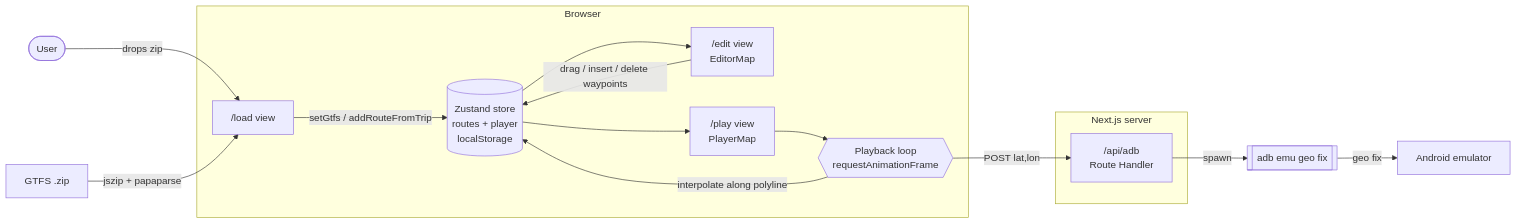
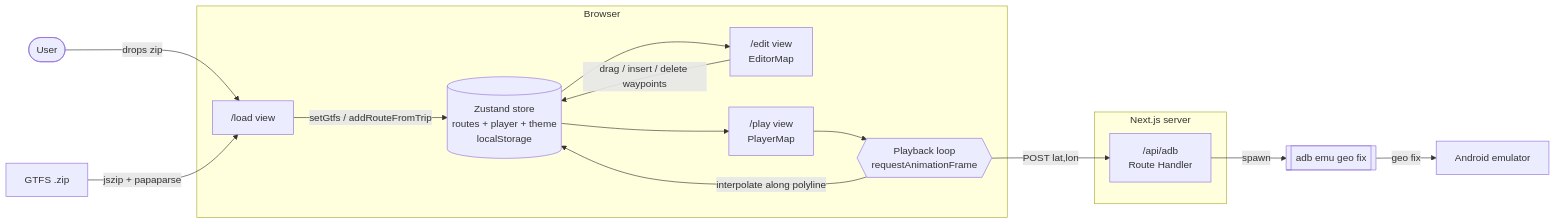
The diagram in README.md (maxmini-dev/adb-gps-playback), drawn with Mermaid before and after one commit. The commit also changed other lines of this file and 12 other files, not shown here.

````diff
--- a/README.md
+++ b/README.md
@@ -58,32 +63,32 @@
 ```mermaid
 flowchart LR
   User([User])
   Zip["GTFS .zip"]
 
   subgraph Browser
     Load["/load view"]
     Edit["/edit view<br/>EditorMap"]
     Play["/play view<br/>PlayerMap"]
     Loop{{"Playback loop<br/>requestAnimationFrame"}}
-    Store[("Zustand store<br/>routes + player<br/>localStorage")]
+    Store[("Zustand store<br/>routes + player + theme<br/>localStorage")]
   end
 
   subgraph Server ["Next.js server"]
     API["/api/adb<br/>Route Handler"]
   end
 
   ADB[["adb emu geo fix"]]
   Emu["Android emulator"]
 
   User -->|drops zip| Load
   Zip -->|jszip + papaparse| Load
   Load -->|setGtfs / addRouteFromTrip| Store
   Store --> Edit
   Store --> Play
   Edit -->|drag / insert / delete waypoints| Store
   Play --> Loop
   Loop -->|interpolate along polyline| Store
   Loop -->|POST lat,lon| API
   API -->|spawn| ADB
   ADB -->|geo fix| Emu
 ```
````
